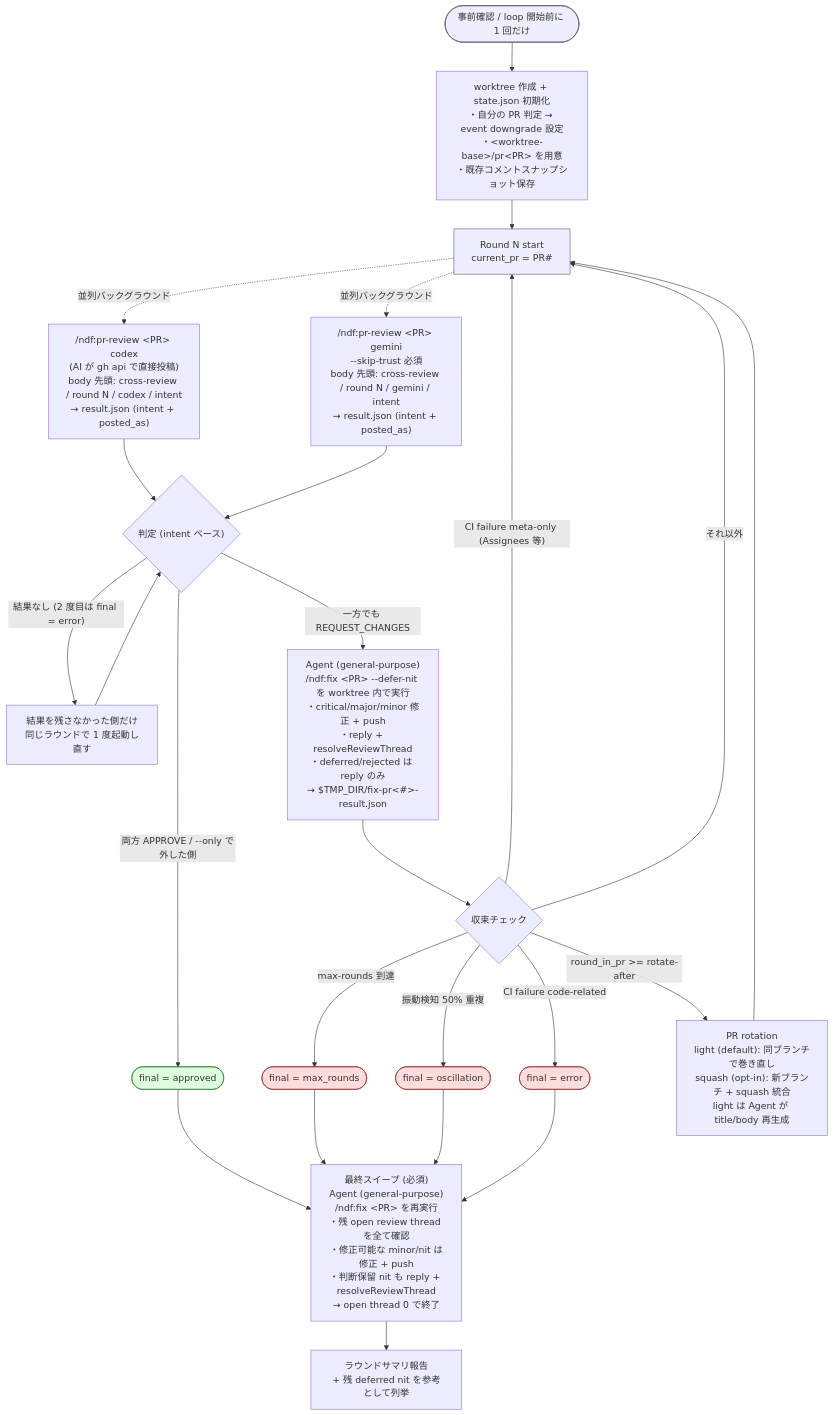
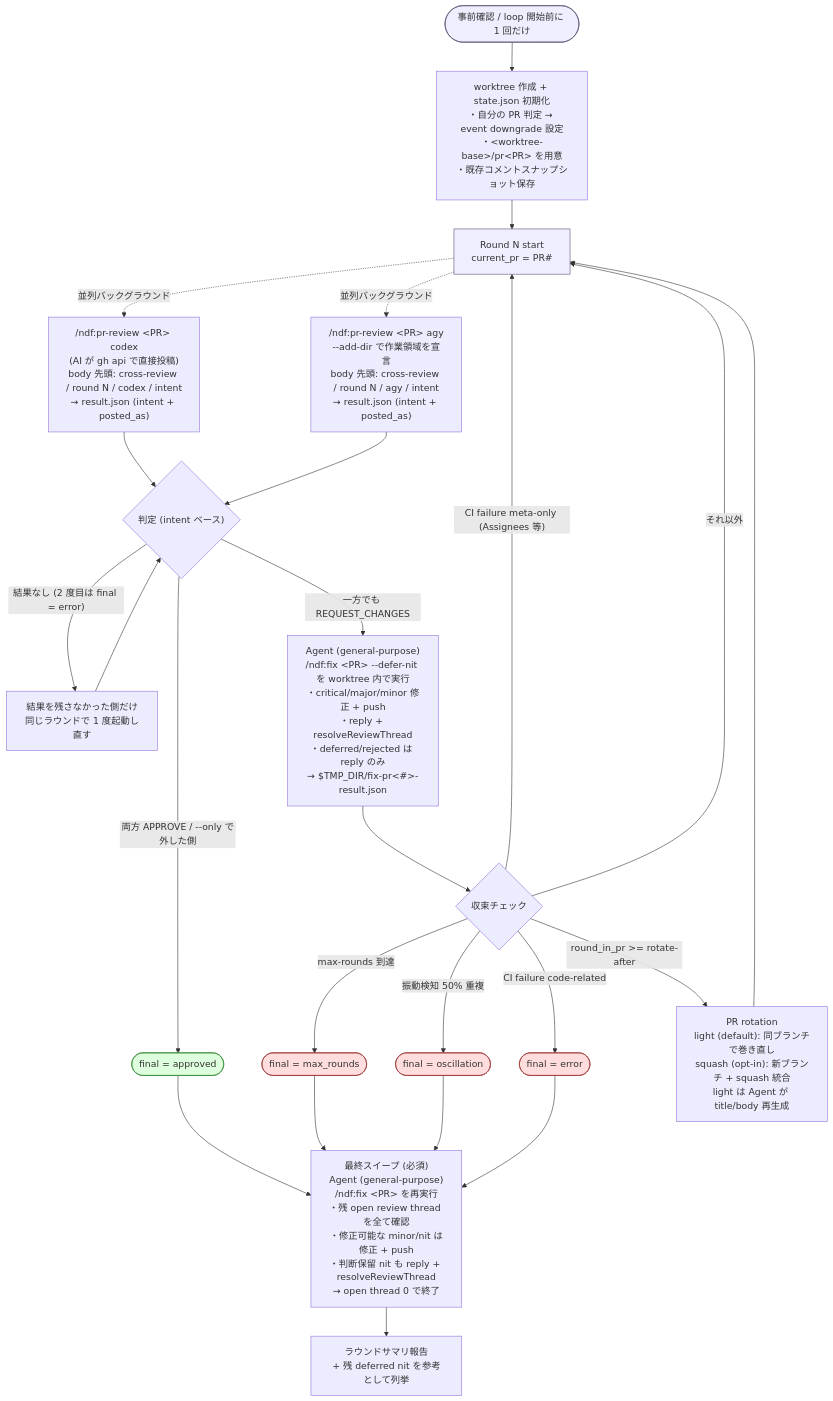
Before and after one commit to devbasex/ai-plugins: the diagram in plugins/ndf/skills/cross-review/SKILL.md, drawn with Mermaid. The commit also changed other lines of this file and 31 other files, not shown here.

First line of the commit message:
Update: cross-review の委譲先を gemini から agy へ移す (#214)

````diff
--- a/plugins/ndf/skills/cross-review/SKILL.md
+++ b/plugins/ndf/skills/cross-review/SKILL.md
@@ -159,35 +159,35 @@
 ```mermaid
 flowchart TD
     Start([事前確認 / loop 開始前に 1 回だけ]):::phase --> Init["worktree 作成 + state.json 初期化<br/>・自分の PR 判定 → event downgrade 設定<br/>・&lt;worktree-base&gt;/pr&lt;PR&gt; を用意<br/>・既存コメントスナップショット保存"]
     Init --> Round["Round N start<br/>current_pr = PR#"]:::phase
 
     Round -.並列バックグラウンド.-> Codex["/ndf:pr-review &lt;PR&gt; codex<br/>(AI が gh api で直接投稿)<br/>body 先頭: cross-review / round N / codex / intent<br/>→ result.json (intent + posted_as)"]
-    Round -.並列バックグラウンド.-> Gemini["/ndf:pr-review &lt;PR&gt; gemini<br/>--skip-trust 必須<br/>body 先頭: cross-review / round N / gemini / intent<br/>→ result.json (intent + posted_as)"]
+    Round -.並列バックグラウンド.-> Agy["/ndf:pr-review &lt;PR&gt; agy<br/>--add-dir で作業領域を宣言<br/>body 先頭: cross-review / round N / agy / intent<br/>→ result.json (intent + posted_as)"]
 
     Codex --> Decide{"判定 (intent ベース)"}
-    Gemini --> Decide
+    Agy --> Decide
 
     Decide -->|"結果なし (2 度目は final = error)"| Relaunch["結果を残さなかった側だけ<br/>同じラウンドで 1 度起動し直す"]
     Relaunch --> Decide
     Decide -->|"両方 APPROVE / --only で外した側"| Approved([final = approved]):::ok
     Decide -->|一方でも REQUEST_CHANGES| Fix["Agent (general-purpose)<br/>/ndf:fix &lt;PR&gt; --defer-nit を worktree 内で実行<br/>・critical/major/minor 修正 + push<br/>・reply + resolveReviewThread<br/>・deferred/rejected は reply のみ<br/>→ $TMP_DIR/fix-pr&lt;#&gt;-result.json"]
 
     Fix --> Check{収束チェック}
     Check -->|max-rounds 到達| MaxR([final = max_rounds]):::stop
     Check -->|振動検知 50% 重複| Osc([final = oscillation]):::stop
     Check -->|CI failure code-related| Err([final = error]):::stop
     Check -->|"CI failure meta-only (Assignees 等)"| Round
     Check -->|round_in_pr >= rotate-after| Rotate["PR rotation<br/>light (default): 同ブランチで巻き直し<br/>squash (opt-in): 新ブランチ + squash 統合<br/>light は Agent が title/body 再生成"]
     Check -->|それ以外| Round
     Rotate --> Round
 
     Approved --> Sweep["最終スイープ (必須)<br/>Agent (general-purpose)<br/>/ndf:fix &lt;PR&gt; を再実行<br/>・残 open review thread を全て確認<br/>・修正可能な minor/nit は修正 + push<br/>・判断保留 nit も reply + resolveReviewThread<br/>→ open thread 0 で終了"]
     MaxR --> Sweep
     Osc --> Sweep
     Err --> Sweep
     Sweep --> Report[ラウンドサマリ報告<br/>+ 残 deferred nit を参考として列挙]
 
     classDef phase fill:#eef,stroke:#557
     classDef ok fill:#dfd,stroke:#383
     classDef stop fill:#fdd,stroke:#933
 ```
````
